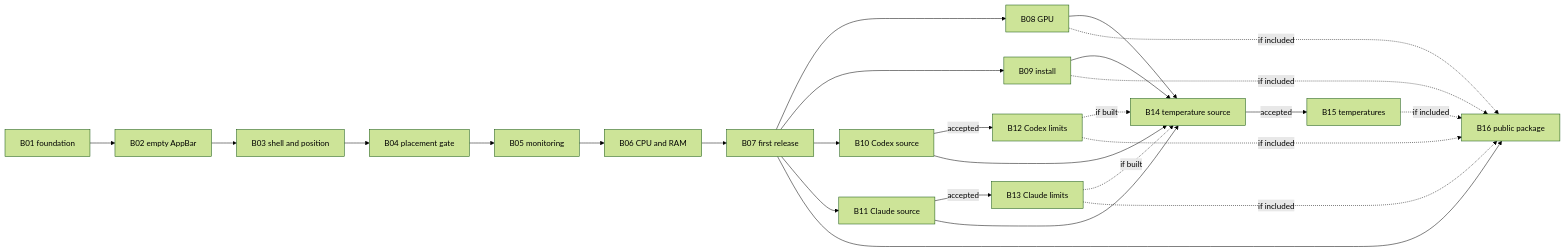
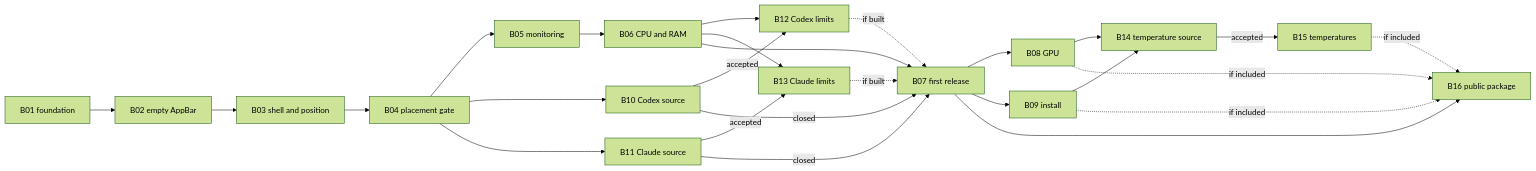
Before and after one commit to maxViolet/System-Resource-Monitor: the diagram in docs/bricks/README.md, drawn with Mermaid (forest theme). The commit also changed other lines of this file and 11 other files, not shown here.

````diff
--- a/docs/bricks/README.md
+++ b/docs/bricks/README.md
@@ -67,31 +65,30 @@
 ```mermaid
 graph LR
   B01[B01 foundation] --> B02[B02 empty AppBar]
   B02 --> B03[B03 shell and position]
   B03 --> B04[B04 placement gate]
   B04 --> B05[B05 monitoring]
   B05 --> B06[B06 CPU and RAM]
+  B04 --> B10[B10 Codex source]
+  B04 --> B11[B11 Claude source]
+  B10 -->|accepted| B12[B12 Codex limits]
+  B11 -->|accepted| B13[B13 Claude limits]
+  B06 --> B12
+  B06 --> B13
   B06 --> B07[B07 first release]
+  B10 -->|closed| B07
+  B11 -->|closed| B07
+  B12 -. if built .-> B07
+  B13 -. if built .-> B07
 
   B07 --> B08[B08 GPU]
   B07 --> B09[B09 install]
-  B07 --> B10[B10 Codex source]
-  B07 --> B11[B11 Claude source]
-  B10 -->|accepted| B12[B12 Codex limits]
-  B11 -->|accepted| B13[B13 Claude limits]
-
   B08 --> B14[B14 temperature source]
   B09 --> B14
-  B10 --> B14
-  B11 --> B14
-  B12 -. if built .-> B14
-  B13 -. if built .-> B14
   B14 -->|accepted| B15[B15 temperatures]
 
   B07 --> B16[B16 public package]
   B08 -. if included .-> B16
   B09 -. if included .-> B16
-  B12 -. if included .-> B16
-  B13 -. if included .-> B16
   B15 -. if included .-> B16
 ```
````
